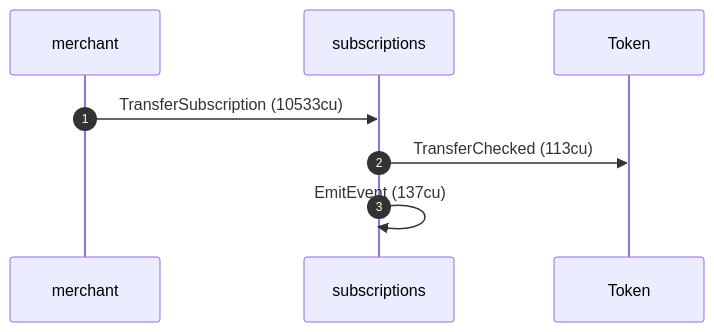
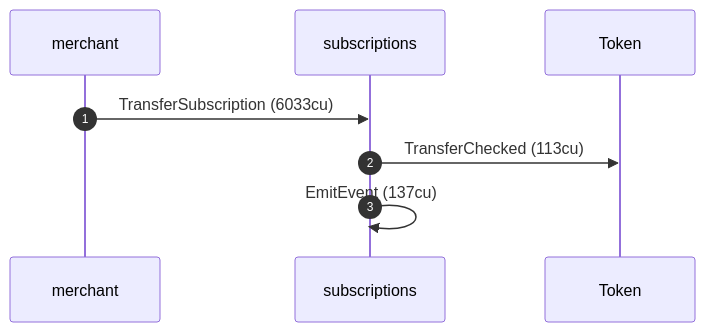
Diagram 13 of 16 in dsl_tests/transfer-subscription--the-period-rolls-over.md (cds-rs/subscriptions), drawn with Mermaid before and after one commit. The commit also changed other lines of this file and 224 other files, not shown here.

````diff
--- a/dsl_tests/transfer-subscription--the-period-rolls-over.md
+++ b/dsl_tests/transfer-subscription--the-period-rolls-over.md
@@ -264,10 +280,10 @@
 ```mermaid
 sequenceDiagram
     autonumber
     participant merchant
     participant subscriptions
     participant Token
-    merchant ->> subscriptions: TransferSubscription (10533cu)
+    merchant ->> subscriptions: TransferSubscription (6033cu)
     subscriptions ->> Token: TransferChecked (113cu)
     subscriptions ->> subscriptions: EmitEvent (137cu)
 ```
````
